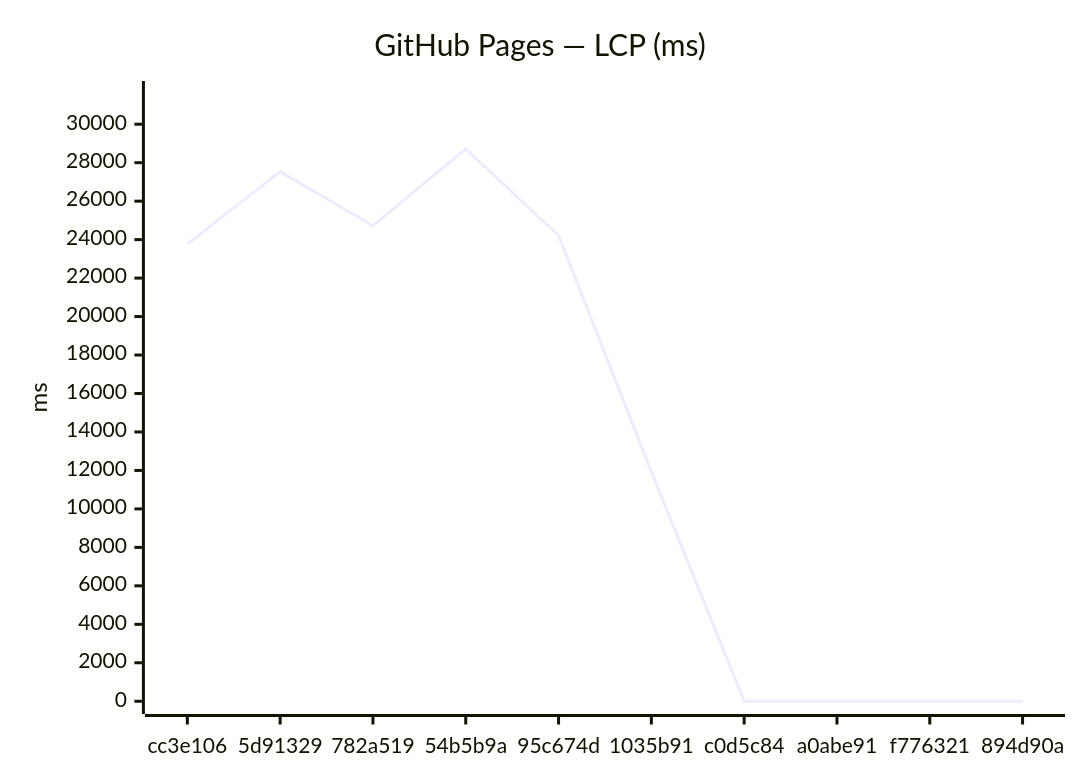
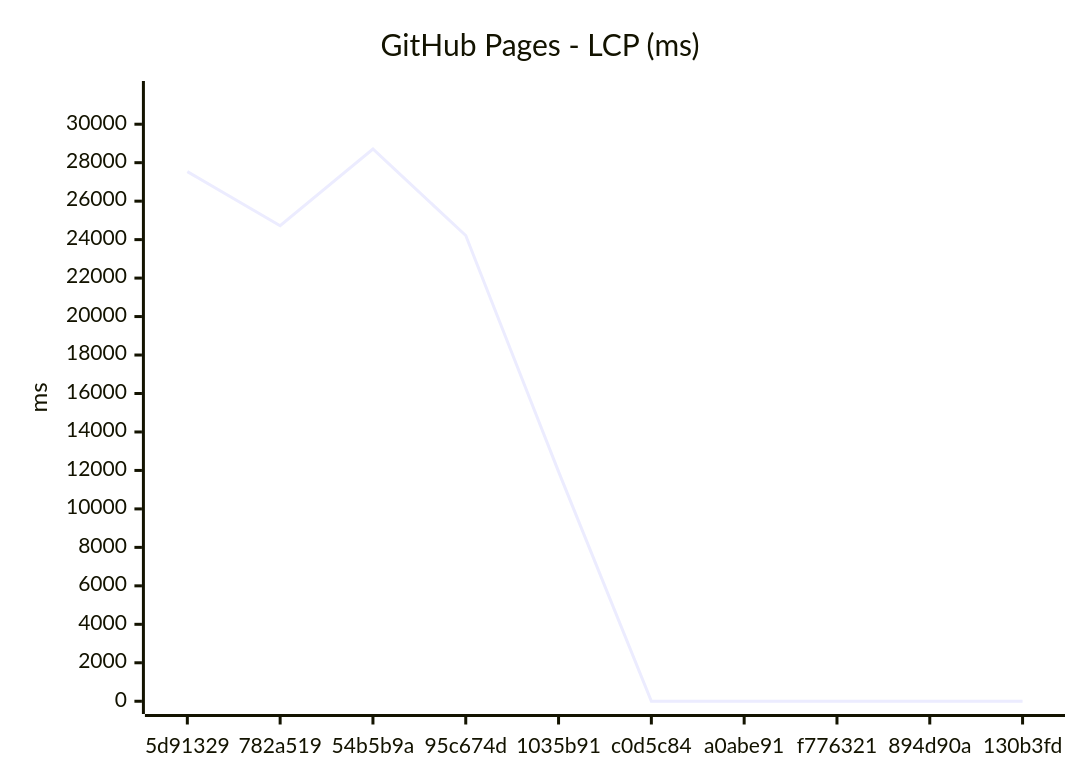
Before and after one commit to Metaheurist/Rianell: the third of 18 diagrams in benchmarks/compare.md, drawn with Mermaid. The commit also changed other lines of this file and 294 other files, not shown here.

````diff
--- a/benchmarks/compare.md
+++ b/benchmarks/compare.md
@@ -54,7 +54,7 @@
 ```mermaid
 xychart-beta
-    title "GitHub Pages — LCP (ms)"
-    x-axis ["cc3e106", "5d91329", "782a519", "54b5b9a", "95c674d", "1035b91", "c0d5c84", "a0abe91", "f776321", "894d90a"]
+    title "GitHub Pages - LCP (ms)"
+    x-axis ["5d91329", "782a519", "54b5b9a", "95c674d", "1035b91", "c0d5c84", "a0abe91", "f776321", "894d90a", "130b3fd"]
     y-axis "ms" 0 --> 31584
-    line [23765, 27536, 24725, 28712, 24213, 11936, 0, 0, 0, 0]
+    line [27536, 24725, 28712, 24213, 11936, 0, 0, 0, 0, 0]
 ```
````
